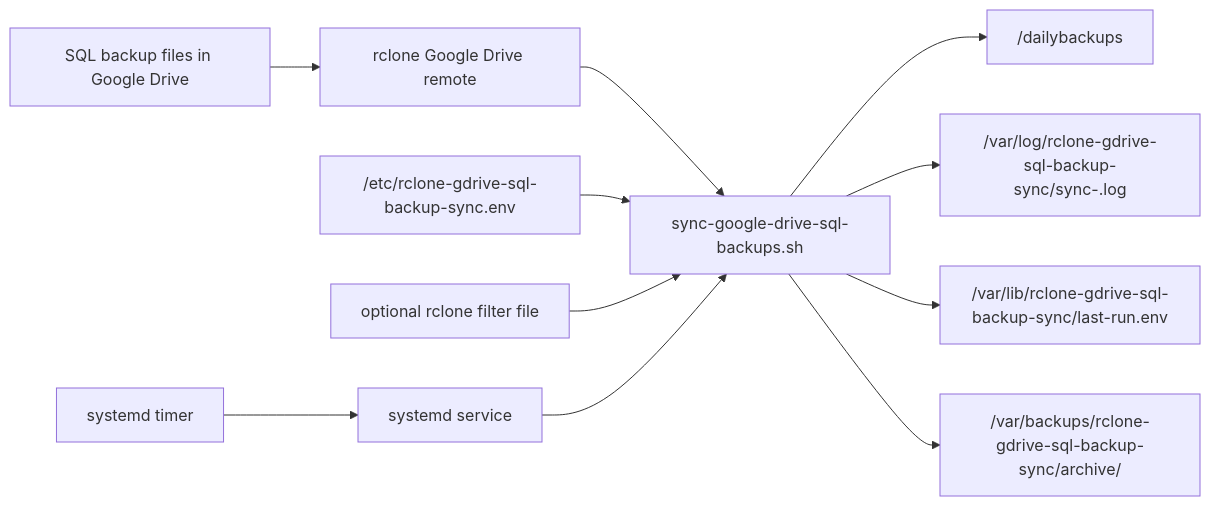
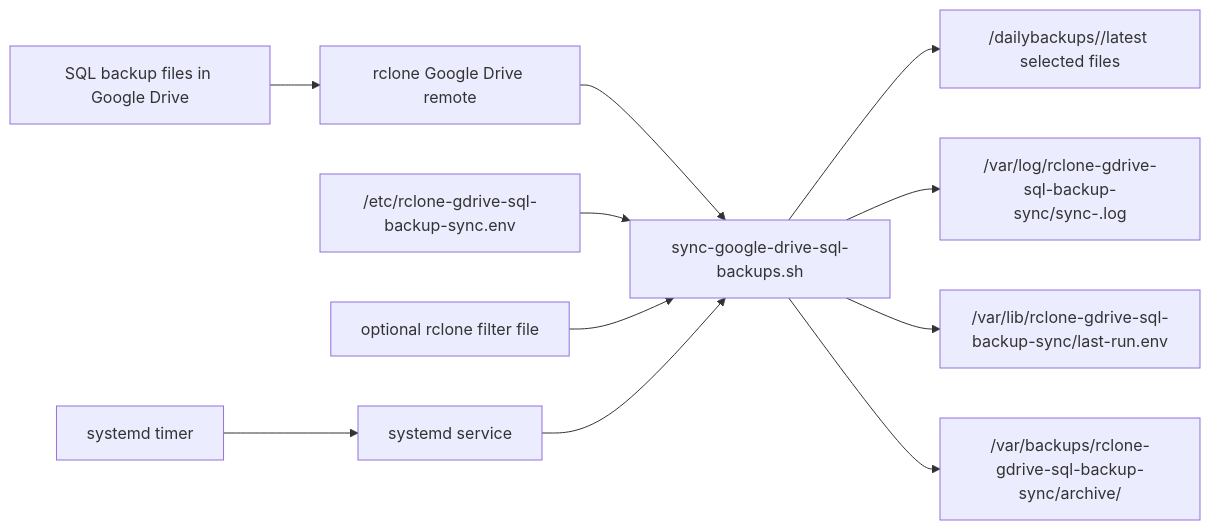
The diagram in docs/backup-sync/03-logic-and-interconnections.md (nayan1601/rma_data), drawn with Mermaid before and after one commit. The commit also changed other lines of this file and 11 other files, not shown here.

````diff
--- a/docs/backup-sync/03-logic-and-interconnections.md
+++ b/docs/backup-sync/03-logic-and-interconnections.md
@@ -19,13 +19,13 @@
 ```mermaid
 flowchart LR
     A["SQL backup files in Google Drive"] --> B["rclone Google Drive remote"]
     B --> C["sync-google-drive-sql-backups.sh"]
     D["/etc/rclone-gdrive-sql-backup-sync.env"] --> C
     E["optional rclone filter file"] --> C
-    C --> F["/dailybackups"]
+    C --> F["/dailybackups/<financial-year>/latest selected files"]
     C --> G["/var/log/rclone-gdrive-sql-backup-sync/sync-<run-id>.log"]
     C --> H["/var/lib/rclone-gdrive-sql-backup-sync/last-run.env"]
     C --> I["/var/backups/rclone-gdrive-sql-backup-sync/archive/<run-id>"]
     J["systemd timer"] --> K["systemd service"]
     K --> C
 ```
````
